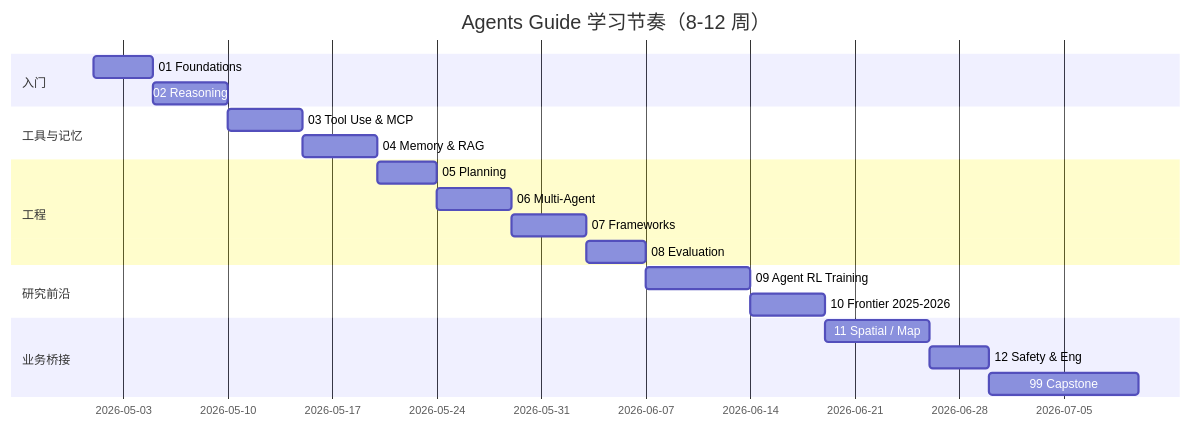
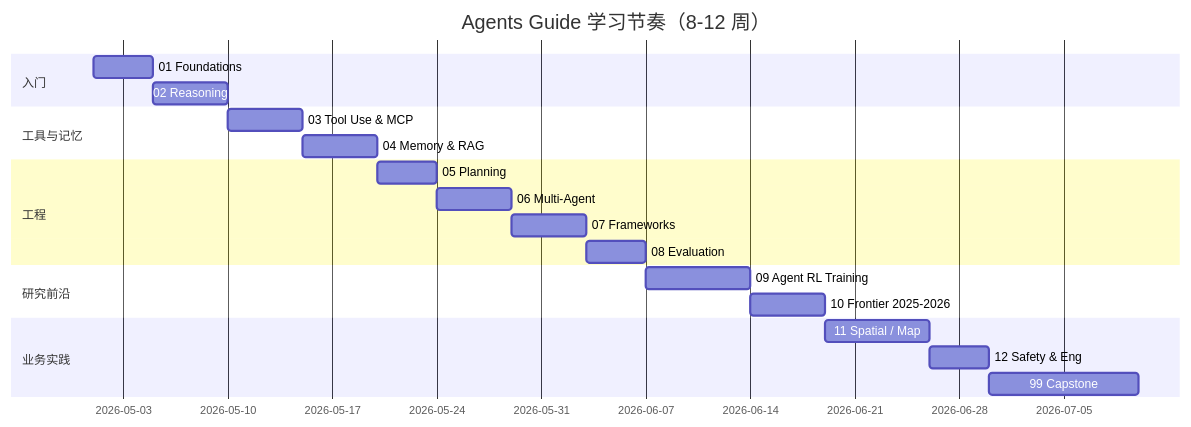
The diagram in ROADMAP.md (Mocha0724/LLM_Agents), drawn with Mermaid before and after one commit. The commit also changed other lines of this file and 58 other files, not shown here.

````diff
--- a/ROADMAP.md
+++ b/ROADMAP.md
@@ -7,23 +7,23 @@
 ```mermaid
 gantt
     title Agents Guide 学习节奏（8-12 周）
     dateFormat  YYYY-MM-DD
     section 入门
     01 Foundations          :a1, 2026-05-01, 4d
     02 Reasoning            :a2, after a1, 5d
     section 工具与记忆
     03 Tool Use & MCP       :b1, after a2, 5d
     04 Memory & RAG         :b2, after b1, 5d
     section 工程
     05 Planning             :c1, after b2, 4d
     06 Multi-Agent          :c2, after c1, 5d
     07 Frameworks           :c3, after c2, 5d
     08 Evaluation           :c4, after c3, 4d
     section 研究前沿
     09 Agent RL Training    :d1, after c4, 7d
     10 Frontier 2025-2026   :d2, after d1, 5d
-    section 业务桥接
+    section 业务实践
     11 Spatial / Map        :e1, after d2, 7d
     12 Safety & Eng         :e2, after e1, 4d
     99 Capstone             :e3, after e2, 10d
 ```
````
